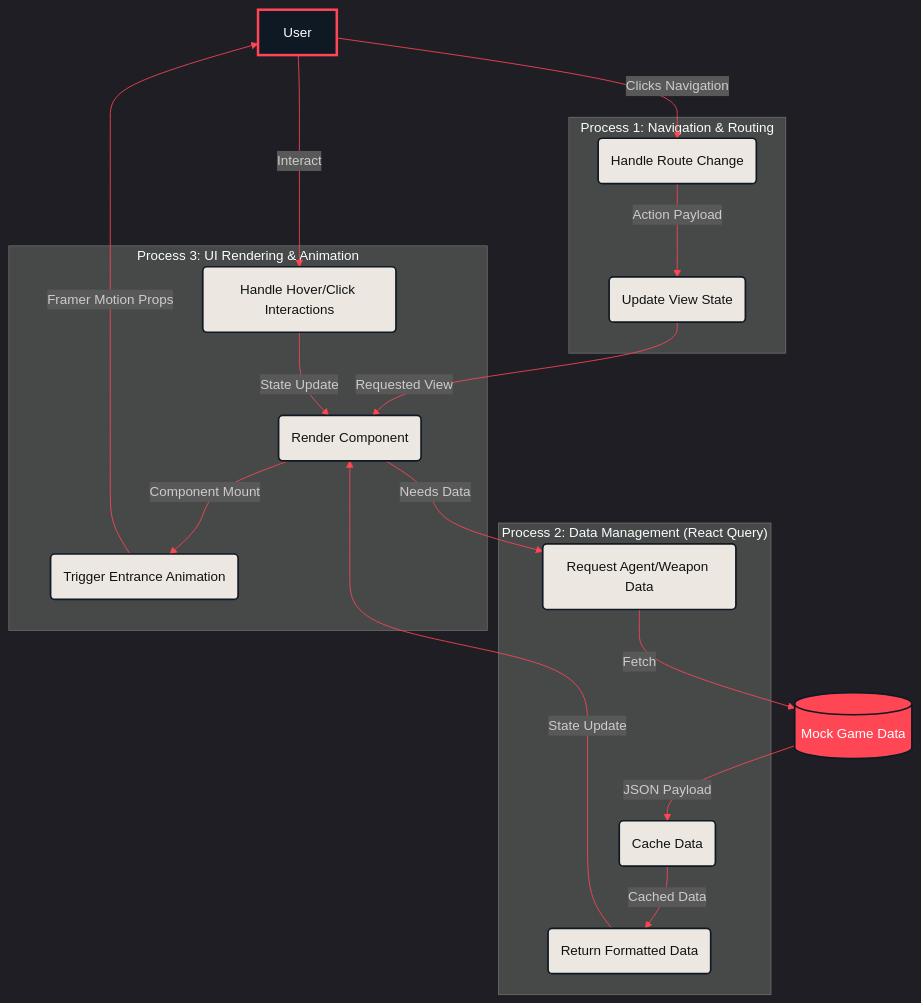
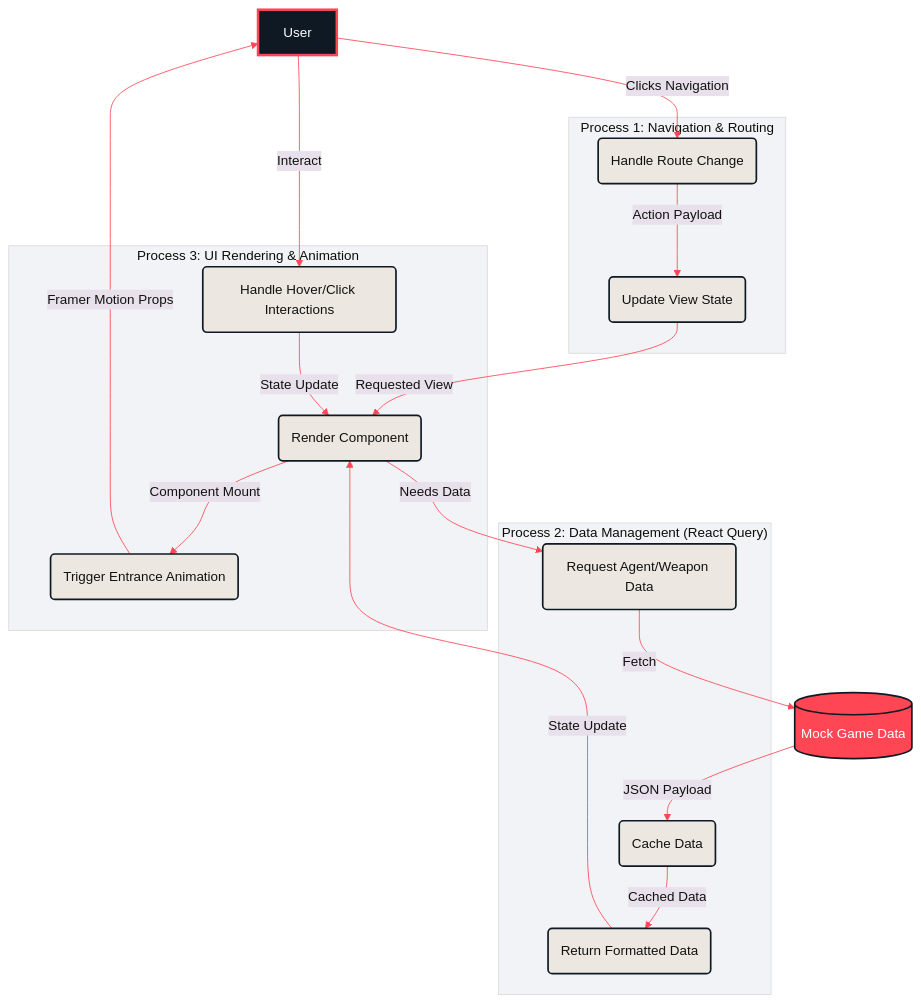
The second of 4 diagrams in README.md (Mr-Nobody003/VALORANT), drawn with Mermaid before and after one commit. The commit also changed other lines of this file, not shown here.

````diff
--- a/README.md
+++ b/README.md
@@ -115,39 +115,39 @@
 ```mermaid
-%%{init: {'theme': 'dark', 'themeVariables': { 'primaryColor': '#ece8e1', 'primaryTextColor': '#111', 'primaryBorderColor': '#ff4655', 'lineColor': '#ff4655', 'background': '#111111'}}}%%
+%%{init: {'theme': 'base', 'themeVariables': { 'primaryColor': '#ece8e1', 'primaryTextColor': '#111', 'primaryBorderColor': '#ff4655', 'lineColor': '#ff4655'}}}%%
 flowchart TD
     User[User]:::userStyle
     subgraph "Process 1: Navigation & Routing"
         1.1(Handle Route Change):::processStyle
         1.2(Update View State):::processStyle
     end
     subgraph "Process 2: Data Management (React Query)"
         2.1(Request Agent/Weapon Data):::processStyle
         2.2(Cache Data):::processStyle
         2.3(Return Formatted Data):::processStyle
     end
     subgraph "Process 3: UI Rendering & Animation"
         3.1(Trigger Entrance Animation):::processStyle
         3.2(Render Component):::processStyle
         3.3(Handle Hover/Click Interactions):::processStyle
     end
     DataStore[(Mock Game Data)]:::storeStyle
 
     User --> |Clicks Navigation| 1.1
     1.1 --> |Action Payload| 1.2
     1.2 --> |Requested View| 3.2
 
     3.2 --> |Needs Data| 2.1
     2.1 --> |Fetch| DataStore
     DataStore --> |JSON Payload| 2.2
     2.2 --> |Cached Data| 2.3
     2.3 --> |State Update| 3.2
 
     3.2 --> |Component Mount| 3.1
     3.1 --> |Framer Motion Props| User
     User --> |Interact| 3.3
     3.3 --> |State Update| 3.2
 
     classDef userStyle fill:#0f1923,stroke:#ff4655,stroke-width:3px,color:#fff;
     classDef processStyle fill:#ece8e1,stroke:#0f1923,stroke-width:2px,color:#111;
     classDef storeStyle fill:#ff4655,stroke:#0f1923,stroke-width:2px,color:#fff;
 ```
````
